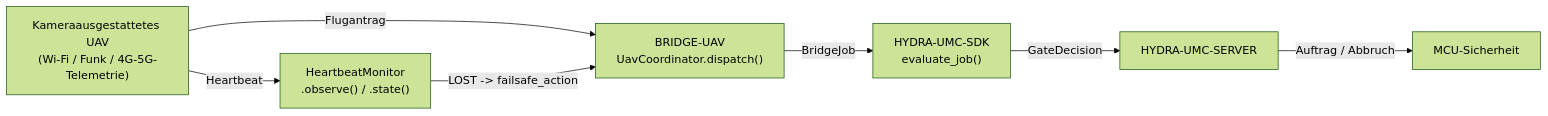
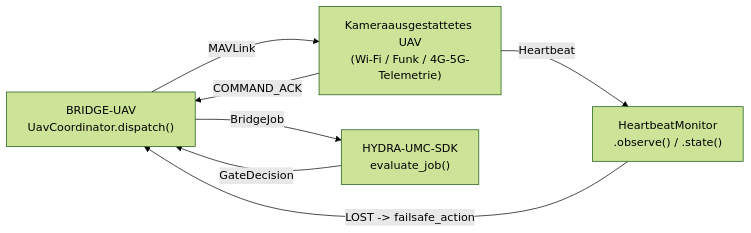
The diagram in README_deu.md (JuanenRac/HYDRA-UMC-BRIDGE-UAV), drawn with Mermaid (forest theme) before and after one commit. The commit also changed other lines of this file and 23 other files, not shown here.

Commit message:
Explicit altitude frame and COMMAND_INT for waypoints, flight envelope, safe-state requests that always get through, DISARM and ACK matching (0.1.1)

````diff
--- a/README_deu.md
+++ b/README_deu.md
@@ -50,9 +51,9 @@
 ```mermaid
 flowchart LR
-    UAV["Kameraausgestattetes UAV<br/>(Wi-Fi / Funk / 4G-5G-Telemetrie)"] -- "Flugantrag" --> BRIDGE["BRIDGE-UAV<br/>UavCoordinator.dispatch()"]
+    BRIDGE["BRIDGE-UAV<br/>UavCoordinator.dispatch()"] -- "MAVLink" --> UAV["Kameraausgestattetes UAV<br/>(Wi-Fi / Funk / 4G-5G-Telemetrie)"]
+    UAV -- "COMMAND_ACK" --> BRIDGE
     UAV -- "Heartbeat" --> HB["HeartbeatMonitor<br/>.observe() / .state()"]
     HB -- "LOST -> failsafe_action" --> BRIDGE
     BRIDGE -- BridgeJob --> SDK["HYDRA-UMC-SDK<br/>evaluate_job()"]
-    SDK -- GateDecision --> SERVER["HYDRA-UMC-SERVER"]
-    SERVER -- "Auftrag / Abbruch" --> MCU["MCU-Sicherheit"]
+    SDK -- GateDecision --> BRIDGE
 ```
````
